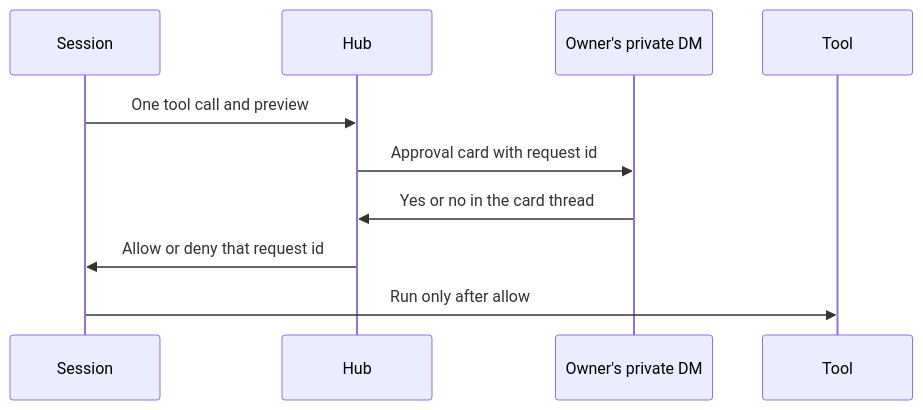
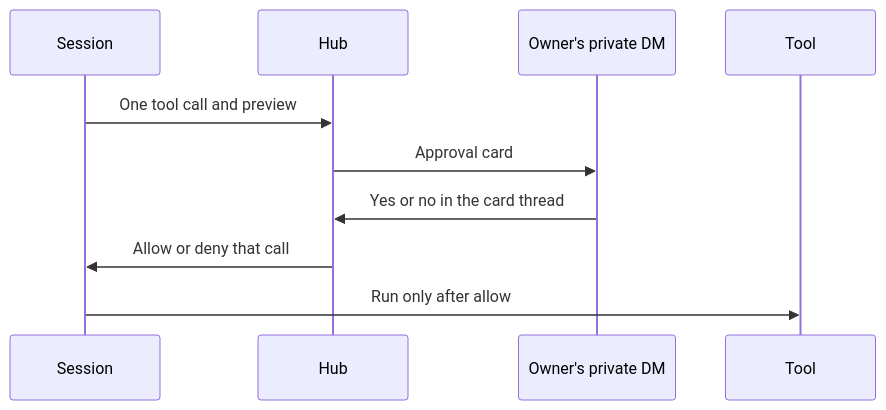
The diagram in docs/concepts/approvals.md (aloki-alok/kage), drawn with Mermaid before and after one commit. The commit also changed other lines of this file and 3 other files, not shown here.

````diff
--- a/docs/concepts/approvals.md
+++ b/docs/concepts/approvals.md
@@ -1,12 +1,12 @@
 ```mermaid
 sequenceDiagram
     participant Session
     participant Hub
     participant DM as Owner's private DM
     participant Tool
     Session->>Hub: One tool call and preview
-    Hub->>DM: Approval card with request id
+    Hub->>DM: Approval card
     DM->>Hub: Yes or no in the card thread
-    Hub->>Session: Allow or deny that request id
+    Hub->>Session: Allow or deny that call
     Session->>Tool: Run only after allow
 ```
````
